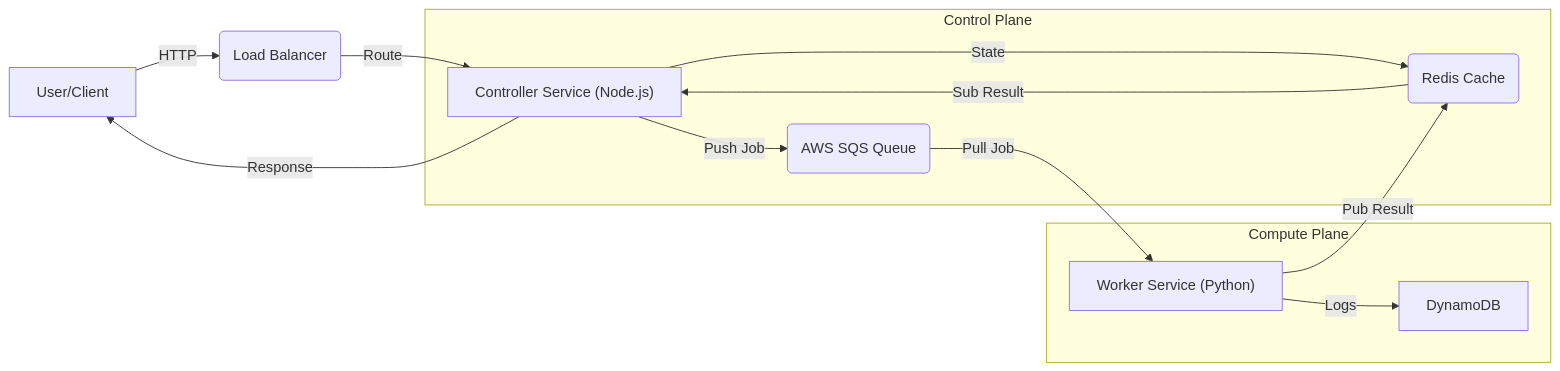
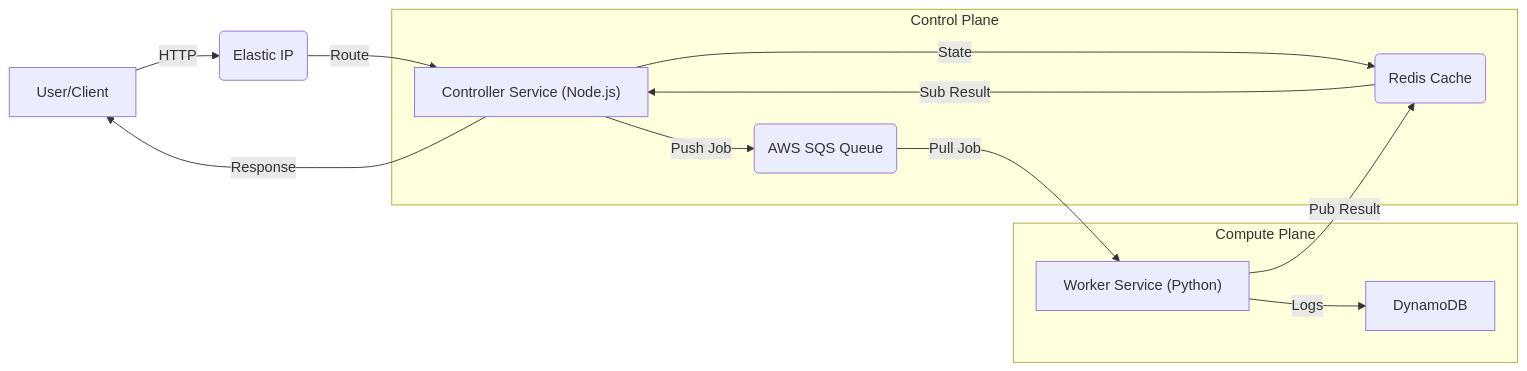
One commit to sangmu1126/FaaS-Platform changed the first of 2 diagrams in ARCHITECTURE.md. Above: the diagram before and after it, drawn with Mermaid. The commit also changed other lines of this file and 4 other files, not shown here.

Commit message:
align architecture diagrams with Zero ALB strategy

````diff
--- a/ARCHITECTURE.md
+++ b/ARCHITECTURE.md
@@ -15,19 +15,19 @@
 ```mermaid
 graph LR
-    User[User/Client] -- HTTP --> ALB(Load Balancer)
-    ALB -- Route --> Controller["Controller Service (Node.js)"]
+    User[User/Client] -- HTTP --> EIP(Elastic IP)
+    EIP -- Route --> Controller["Controller Service (Node.js)"]
     
     subgraph Control Plane
     Controller -- Push Job --> SQS(AWS SQS Queue)
     Controller -- State --> Redis(Redis Cache)
     end
     
     subgraph Compute Plane
     SQS -- Pull Job --> Worker["Worker Service (Python)"]
     Worker -- Pub Result --> Redis
     Worker -- Logs --> DynamoDB
     end
     
     Redis -- Sub Result --> Controller
     Controller -- Response --> User
 ```
````
